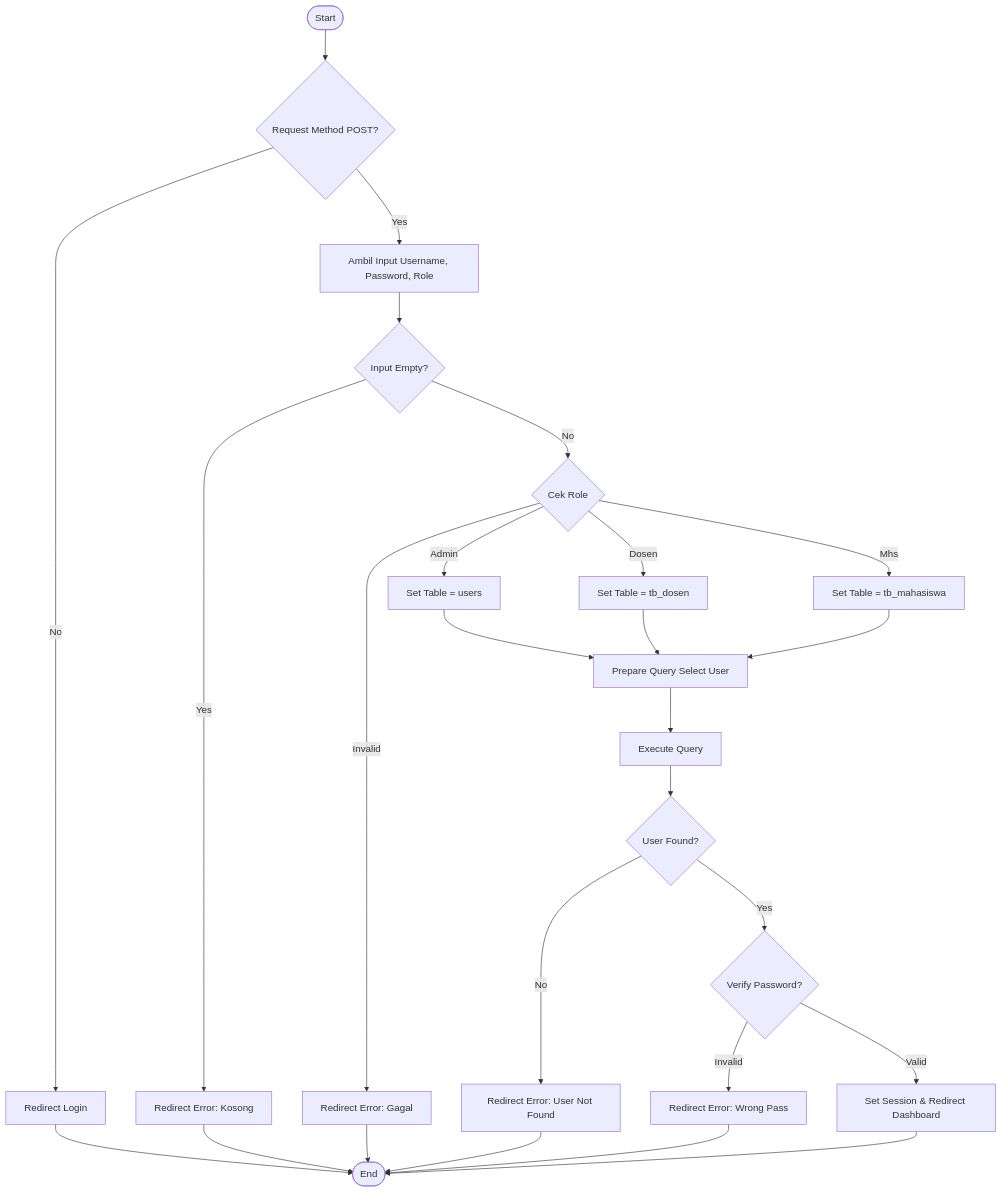
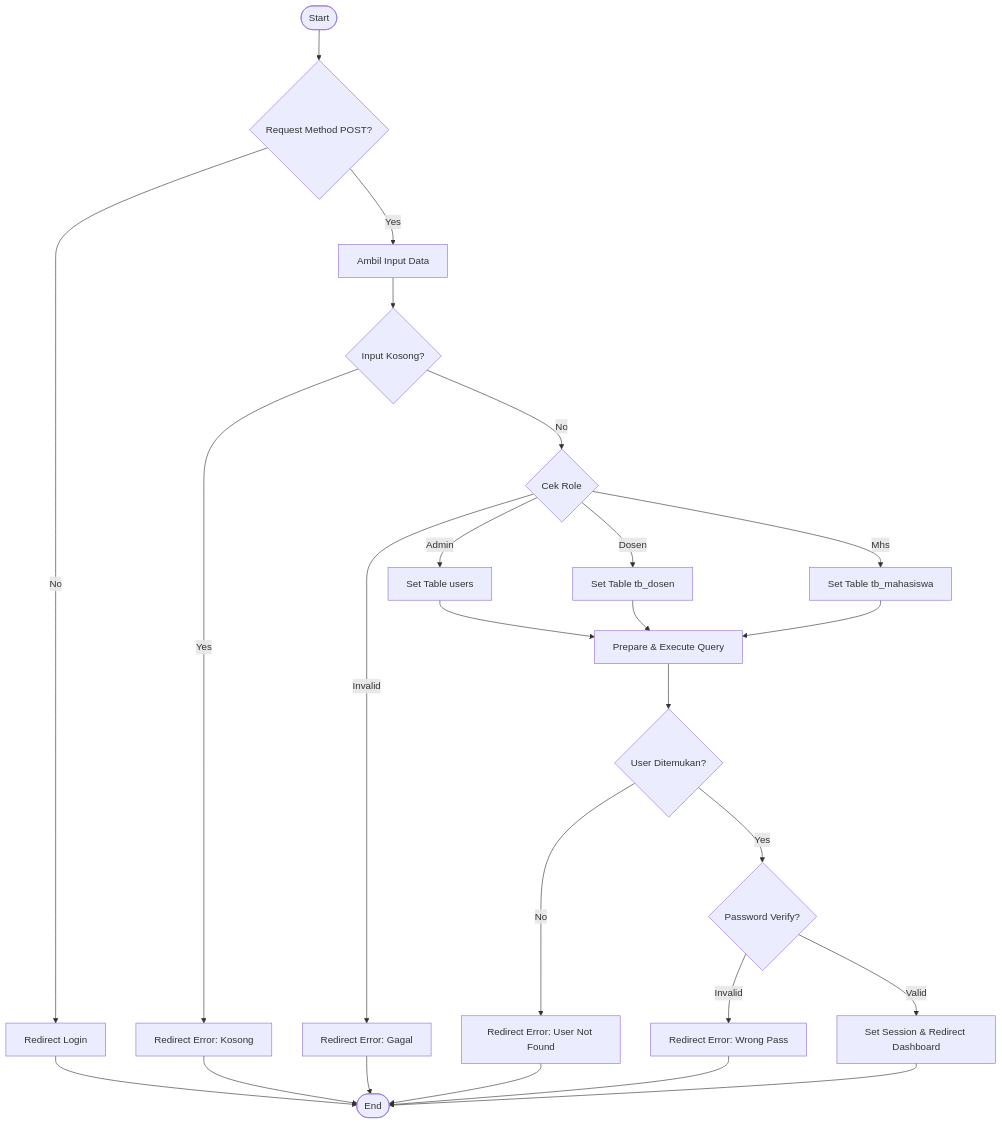
One commit to arbain-dev/Web_fikom changed the first of 4 diagrams in docs/ujian_whitebox.md. Above: the diagram before and after it, drawn with Mermaid. The commit also changed other lines of this file, not shown here.

Commit message:
docs: menambahkan pengujian whitebox untuk modul berita, dosen, dan pendaftaran

````diff
--- a/docs/ujian_whitebox.md
+++ b/docs/ujian_whitebox.md
@@ -9,34 +10,32 @@
 ```mermaid
 graph TD
     A([Start]) --> B{Request Method POST?};
     B -- No --> C[Redirect Login];
-    B -- Yes --> D[Ambil Input Username, Password, Role];
-    D --> E{Input Empty?};
+    B -- Yes --> D[Ambil Input Data];
+    D --> E{Input Kosong?};
     E -- Yes --> F[Redirect Error: Kosong];
     E -- No --> G{Cek Role};
     
-    G -- Admin --> H[Set Table = users];
-    G -- Dosen --> I[Set Table = tb_dosen];
-    G -- Mhs --> J[Set Table = tb_mahasiswa];
+    G -- Admin --> H[Set Table users];
+    G -- Dosen --> I[Set Table tb_dosen];
+    G -- Mhs --> J[Set Table tb_mahasiswa];
     G -- Invalid --> K[Redirect Error: Gagal];
     
-    H --> L[Prepare Query Select User];
+    H --> L[Prepare & Execute Query];
     I --> L;
     J --> L;
     
-    L --> M[Execute Query];
-    M --> N{User Found?};
+    L --> M{User Ditemukan?};
+    M -- No --> N[Redirect Error: User Not Found];
+    M -- Yes --> O{Password Verify?};
     
-    N -- No --> O[Redirect Error: User Not Found];
-    N -- Yes --> P{Verify Password?};
-    
-    P -- Invalid --> Q[Redirect Error: Wrong Pass];
-    P -- Valid --> R[Set Session & Redirect Dashboard];
+    O -- Invalid --> P[Redirect Error: Wrong Pass];
+    O -- Valid --> Q[Set Session & Redirect Dashboard];
     
     C --> Z([End]);
     F --> Z;
     K --> Z;
-    O --> Z;
+    N --> Z;
+    P --> Z;
     Q --> Z;
-    R --> Z;
 ```
````
